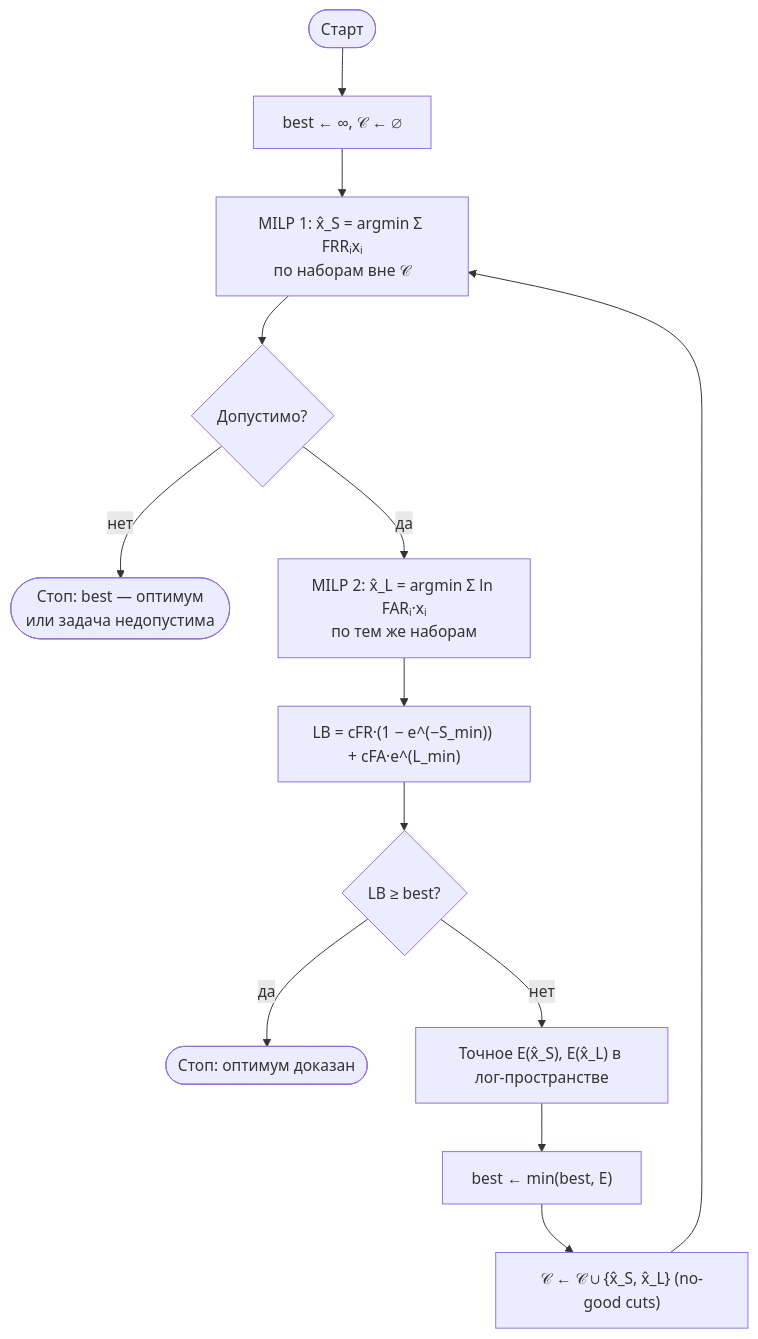
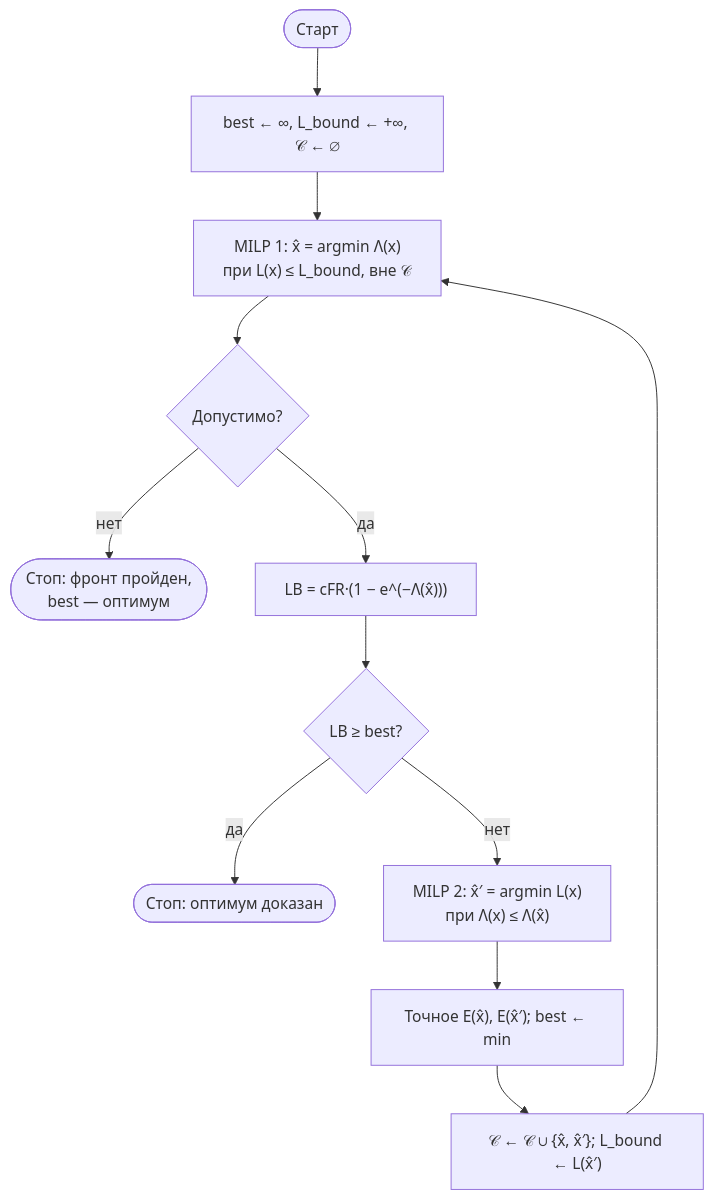
One commit to DcNi3L/bioauth-optimizer changed the ninth of 9 diagrams in docs/03-architecture.md. Above: the diagram before and after it, drawn with Mermaid. The commit also changed other lines of this file and 16 other files, not shown here.

````diff
--- a/docs/03-architecture.md
+++ b/docs/03-architecture.md
@@ -336,15 +336,14 @@
 ```mermaid
 flowchart TD
-  A([Старт]) --> B["best ← ∞, 𝒞 ← ∅"]
-  B --> C["MILP 1: x̂_S = argmin Σ FRRᵢxᵢ<br/>по наборам вне 𝒞"]
+  A([Старт]) --> B["best ← ∞, L_bound ← +∞, 𝒞 ← ∅"]
+  B --> C["MILP 1: x̂ = argmin Λ(x)<br/>при L(x) ≤ L_bound, вне 𝒞"]
   C --> D{Допустимо?}
-  D -- нет --> Z([Стоп: best — оптимум<br/>или задача недопустима])
-  D -- да --> C2["MILP 2: x̂_L = argmin Σ ln FARᵢ·xᵢ<br/>по тем же наборам"]
-  C2 --> E["LB = cFR·(1 − e^(−S_min)) + cFA·e^(L_min)"]
+  D -- нет --> Z([Стоп: фронт пройден,<br/>best — оптимум])
+  D -- да --> E["LB = cFR·(1 − e^(−Λ(x̂)))"]
   E --> F{LB ≥ best?}
   F -- да --> Z2([Стоп: оптимум доказан])
-  F -- нет --> G["Точное E(x̂_S), E(x̂_L) в лог-пространстве"]
-  G --> H["best ← min(best, E)"]
-  H --> I["𝒞 ← 𝒞 ∪ {x̂_S, x̂_L} (no-good cuts)"]
+  F -- нет --> G["MILP 2: x̂′ = argmin L(x)<br/>при Λ(x) ≤ Λ(x̂)"]
+  G --> H["Точное E(x̂), E(x̂′); best ← min"]
+  H --> I["𝒞 ← 𝒞 ∪ {x̂, x̂′}; L_bound ← L(x̂′)"]
   I --> C
 ```
````
